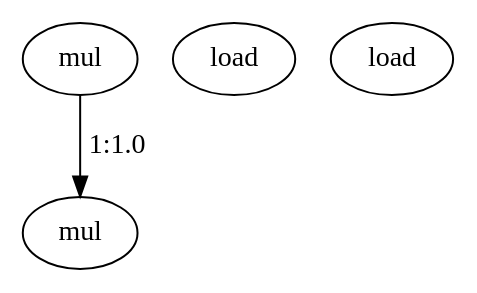
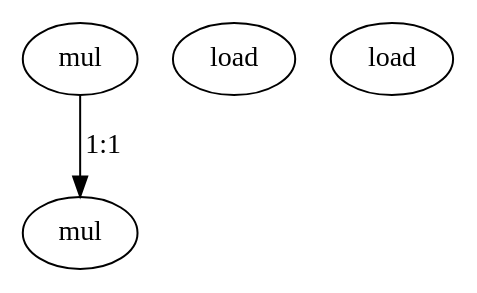
One commit to nikhilsambhus/DFGprop changed the diagram in bs.dot. Above: the diagram before and after it, drawn with Graphviz. The commit also changed 33 other files, not shown here.

```diff
--- a/bs.dot
+++ b/bs.dot
@@ -1,10 +1,10 @@
 digraph {
 
   0 [label="mul"];
   1 [label="load"];
   2 [label="mul"];
   3 [label="load"];
 
-  0->2 [label="1:1.0"];
+  0->2 [label="1:1"];
 
 }
```
